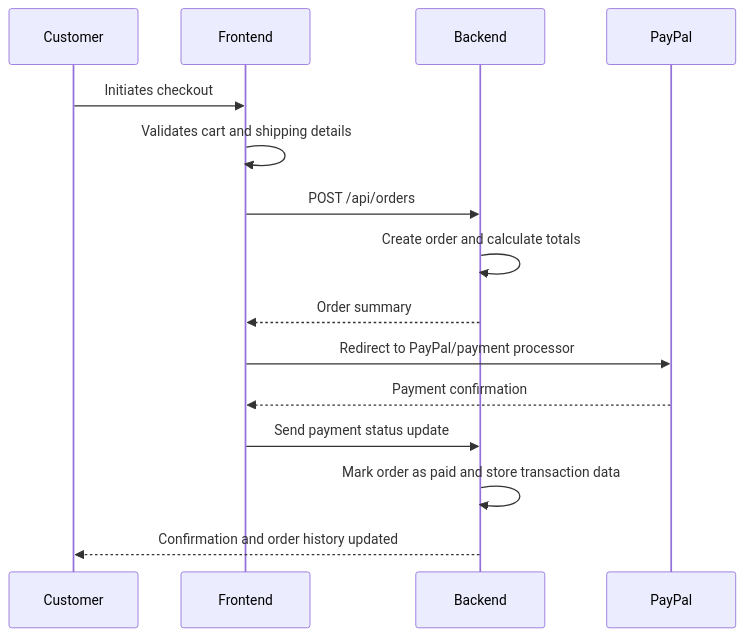
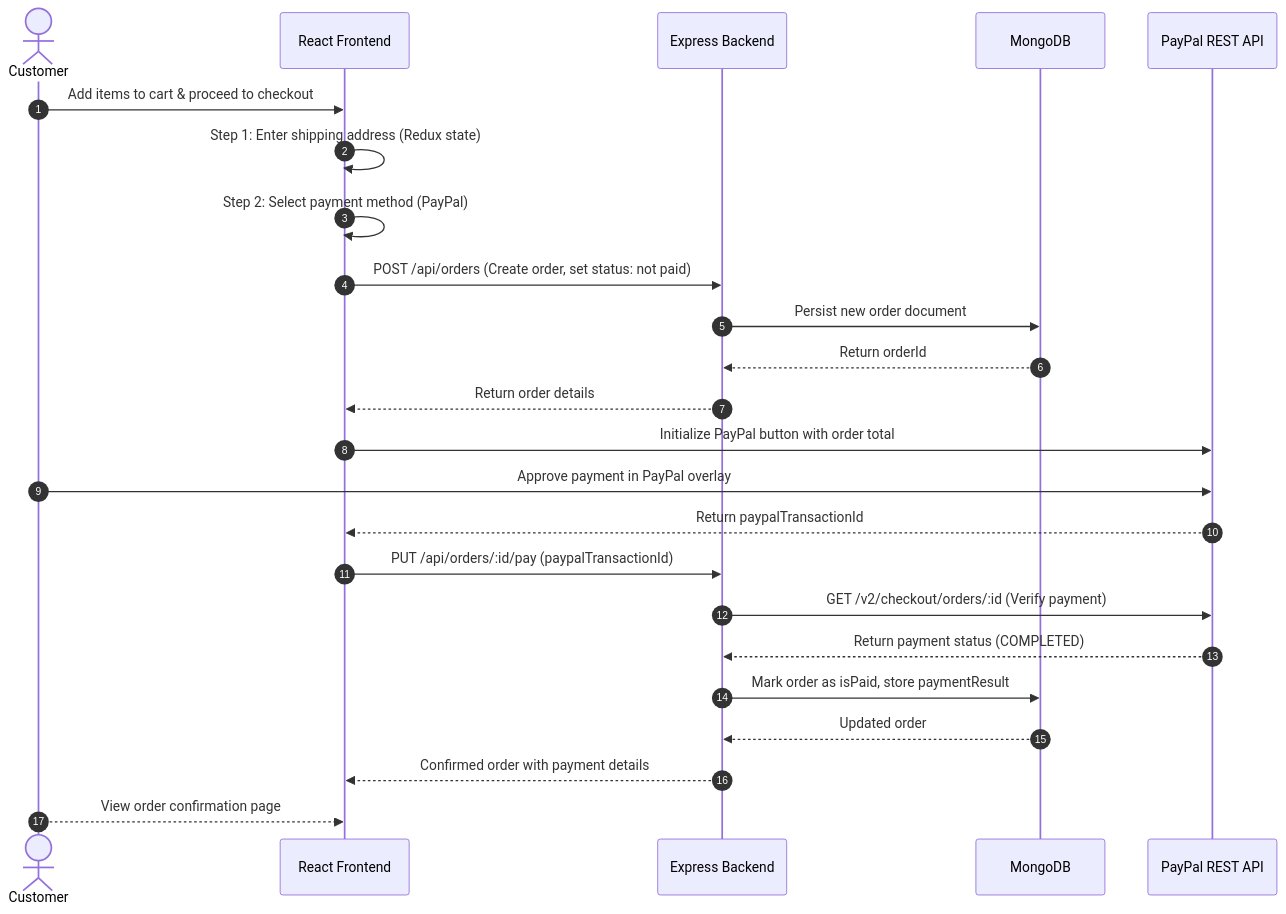
One commit to Rohit-hub-coder/proshop changed the second of 2 diagrams in readme.md. Above: the diagram before and after it, drawn with Mermaid. The commit also changed other lines of this file and 3 other files, not shown here.

Commit message:
docs: polish README with architecture, API table, Credits section; add .env.example and MIT LICENSE

````diff
--- a/readme.md
+++ b/readme.md
@@ -149,17 +83,27 @@
 ```mermaid
 sequenceDiagram
-  participant Customer
-  participant Frontend
-  participant Backend
-  participant PayPal
-  Customer->>Frontend: Initiates checkout
-  Frontend->>Frontend: Validates cart and shipping details
-  Frontend->>Backend: POST /api/orders
-  Backend->>Backend: Create order and calculate totals
-  Backend-->>Frontend: Order summary
-  Frontend->>PayPal: Redirect to PayPal/payment processor
-  PayPal-->>Frontend: Payment confirmation
-  Frontend->>Backend: Send payment status update
-  Backend->>Backend: Mark order as paid and store transaction data
-  Backend-->>Customer: Confirmation and order history updated
+    autonumber
+    actor Customer
+    participant UI as React Frontend
+    participant API as Express Backend
+    participant DB as MongoDB
+    participant PayPal as PayPal REST API
+
+    Customer->>UI: Add items to cart & proceed to checkout
+    UI->>UI: Step 1: Enter shipping address (Redux state)
+    UI->>UI: Step 2: Select payment method (PayPal)
+    UI->>API: POST /api/orders (Create order, set status: not paid)
+    API->>DB: Persist new order document
+    DB-->>API: Return orderId
+    API-->>UI: Return order details
+    UI->>PayPal: Initialize PayPal button with order total
+    Customer->>PayPal: Approve payment in PayPal overlay
+    PayPal-->>UI: Return paypalTransactionId
+    UI->>API: PUT /api/orders/:id/pay (paypalTransactionId)
+    API->>PayPal: GET /v2/checkout/orders/:id (Verify payment)
+    PayPal-->>API: Return payment status (COMPLETED)
+    API->>DB: Mark order as isPaid, store paymentResult
+    DB-->>API: Updated order
+    API-->>UI: Confirmed order with payment details
+    Customer-->>UI: View order confirmation page
 ```
````
